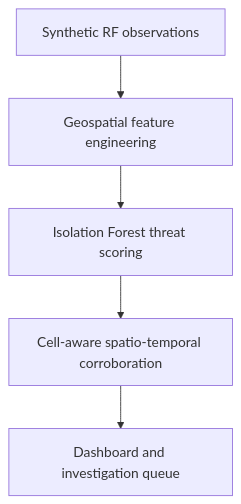
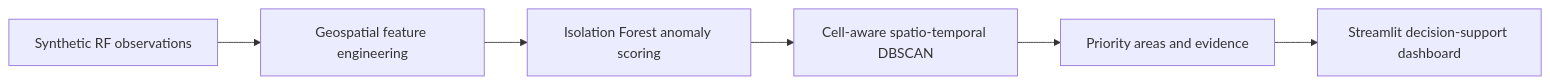
One commit to syedmuhdhafidz/celldefense-geoai changed the diagram in README.md. Above: the diagram before and after it, drawn with Mermaid. The commit also changed other lines of this file and 2 other files, not shown here.

````diff
--- a/README.md
+++ b/README.md
@@ -62,7 +123,8 @@
 ```mermaid
-flowchart TD
+flowchart LR
     A["Synthetic RF observations"] --> B["Geospatial feature engineering"]
-    B --> C["Isolation Forest threat scoring"]
-    C --> D["Cell-aware spatio-temporal corroboration"]
-    D --> E["Dashboard and investigation queue"]
+    B --> C["Isolation Forest anomaly scoring"]
+    C --> D["Cell-aware spatio-temporal DBSCAN"]
+    D --> E["Priority areas and evidence"]
+    E --> F["Streamlit decision-support dashboard"]
 ```
````
